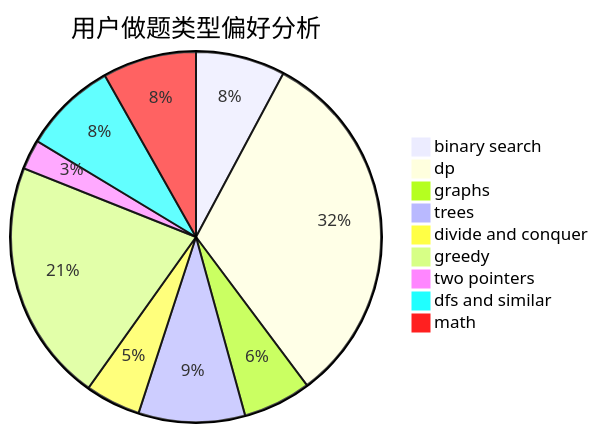
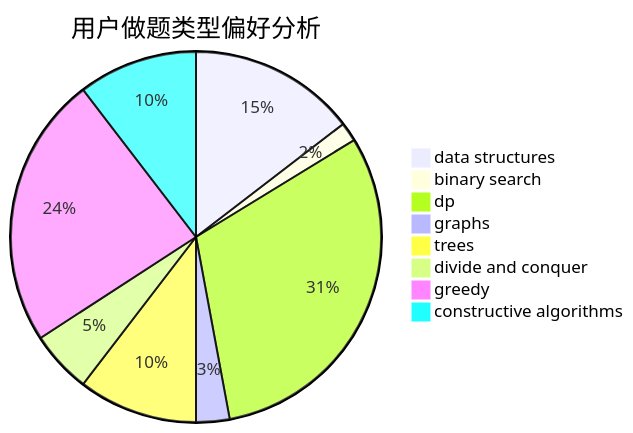
The second of 3 diagrams in docs/user/u2522.md (sherpahu/cfrs.github.io), drawn with Mermaid before and after one commit. The commit also changed other lines of this file and 2775 other files, not shown here.

````diff
--- a/docs/user/u2522.md
+++ b/docs/user/u2522.md
@@ -23,12 +23,11 @@
 ```mermaid
 pie title 用户做题类型偏好分析
-    "binary search" :  21
-    "dp" :  86
-    "graphs" :  16
+    "data structures" :  35
+    "binary search" :  4
+    "dp" :  74
+    "graphs" :  7
     "trees" :  25
     "divide and conquer" :  13
     "greedy" :  57
-    "two pointers" :  7
-    "dfs and similar" :  22
-    "math" :  22
+    "constructive algorithms" :  25
 ```
````
